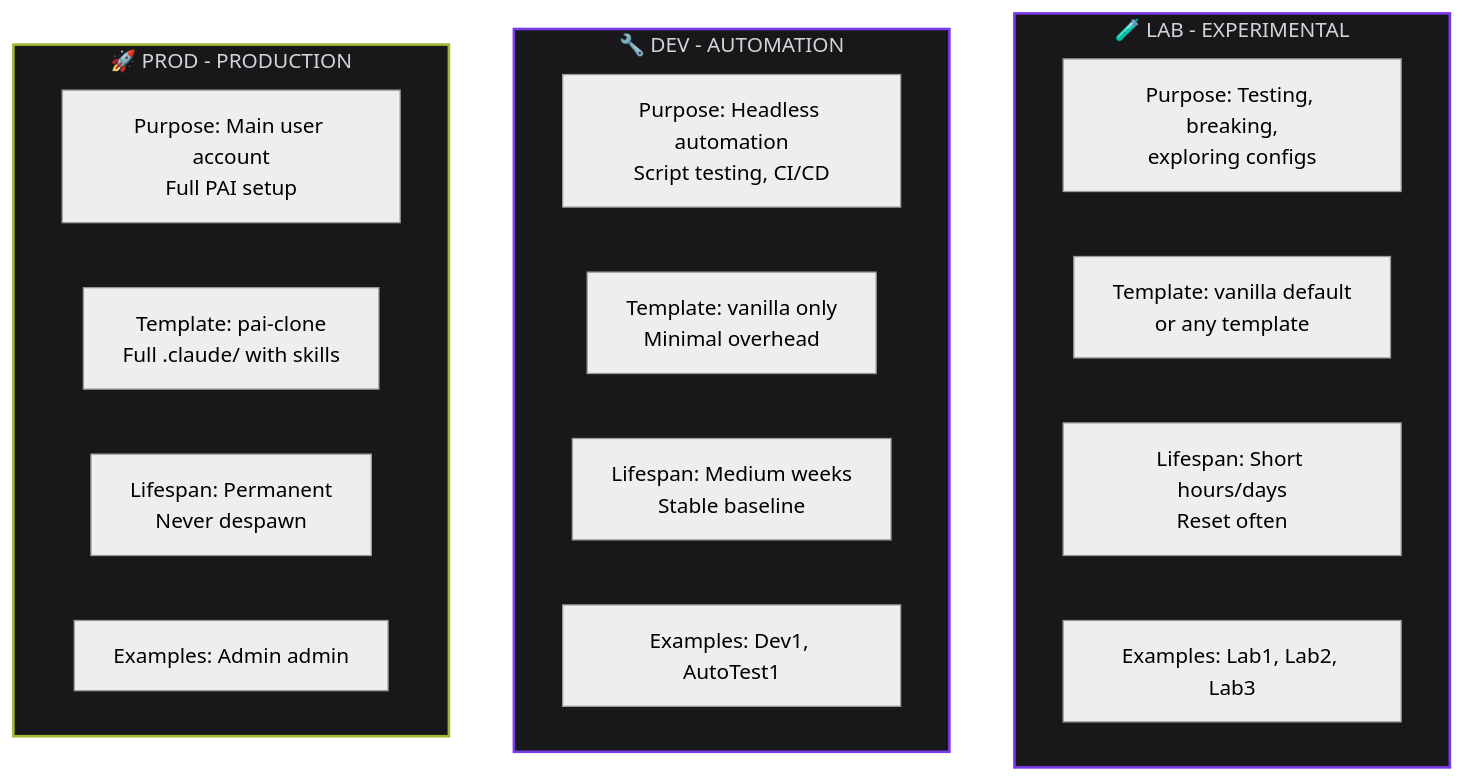
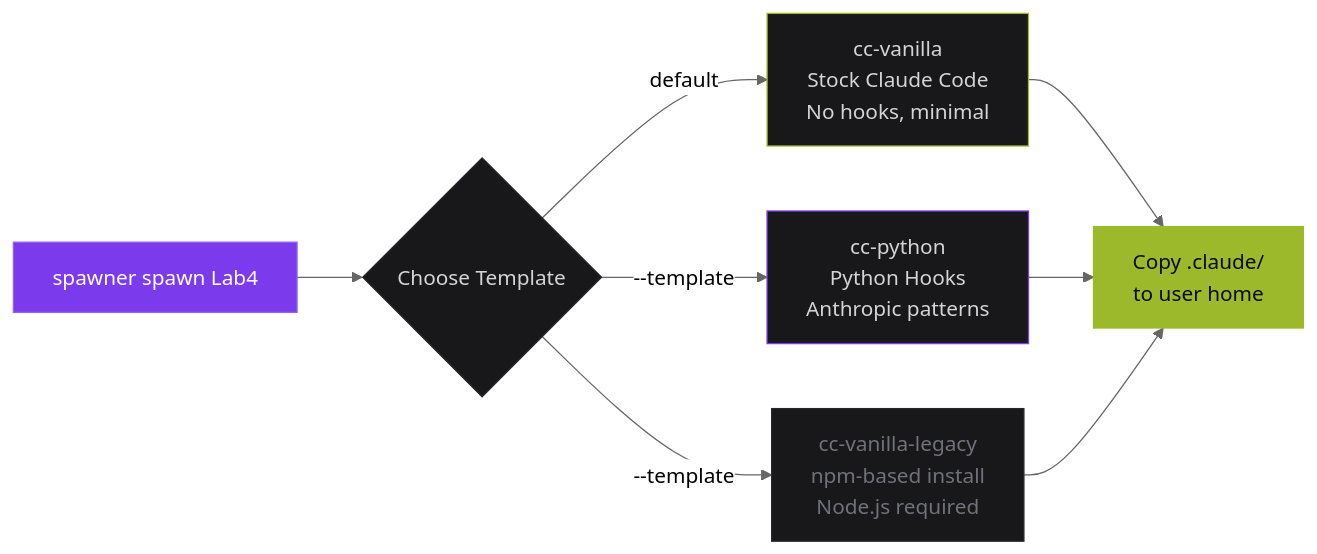
Before and after one commit to brrhlv/cc-spawner: the third of 6 diagrams in docs/ARCHITECTURE-DIAGRAMS.md, drawn with Mermaid (neutral theme). The commit also changed other lines of this file and 961 other files, not shown here.

````diff
--- a/docs/ARCHITECTURE-DIAGRAMS.md
+++ b/docs/ARCHITECTURE-DIAGRAMS.md
@@ -58,27 +61,19 @@
 ```mermaid
-graph TB
-    subgraph LAB["🧪 LAB - EXPERIMENTAL"]
-        L1[Purpose: Testing, breaking,<br/>exploring configs]
-        L2[Template: vanilla default<br/>or any template]
-        L3[Lifespan: Short hours/days<br/>Reset often]
-        L4[Examples: Lab1, Lab2, Lab3]
-    end
+graph LR
+    Spawn[spawner spawn Lab4] --> Template{Choose Template}
 
-    subgraph DEV["🔧 DEV - AUTOMATION"]
-        D1[Purpose: Headless automation<br/>Script testing, CI/CD]
-        D2[Template: vanilla only<br/>Minimal overhead]
-        D3[Lifespan: Medium weeks<br/>Stable baseline]
-        D4[Examples: Dev1, AutoTest1]
-    end
+    Template -->|default| Vanilla[cc-vanilla<br/>Stock Claude Code<br/>No hooks, minimal]
+    Template -->|--template| Python[cc-python<br/>Python Hooks<br/>Anthropic patterns]
+    Template -->|--template| Legacy[cc-vanilla-legacy<br/>npm-based install<br/>Node.js required]
 
-    subgraph PROD["🚀 PROD - PRODUCTION"]
-        P1[Purpose: Main user account<br/>Full PAI setup]
-        P2[Template: pai-clone<br/>Full .claude/ with skills]
-        P3[Lifespan: Permanent<br/>Never despawn]
-        P4[Examples: Admin admin]
-    end
+    Vanilla --> Apply[Copy .claude/<br/>to user home]
+    Python --> Apply
+    Legacy --> Apply
 
-    style LAB fill:#18181B,stroke:#7C3AED,stroke-width:2px,color:#D4D4D8
-    style DEV fill:#18181B,stroke:#7C3AED,stroke-width:2px,color:#D4D4D8
-    style PROD fill:#18181B,stroke:#9CB92C,stroke-width:2px,color:#D4D4D8
+    style Spawn fill:#7C3AED,stroke:#9061F9,color:#fff
+    style Template fill:#18181B,stroke:#27272A,color:#D4D4D8
+    style Vanilla fill:#18181B,stroke:#9CB92C,color:#D4D4D8
+    style Python fill:#18181B,stroke:#7C3AED,color:#D4D4D8
+    style Legacy fill:#18181B,stroke:#27272A,color:#71717A
+    style Apply fill:#9CB92C,stroke:#9CB92C,color:#0C0C0F
 ```
````
